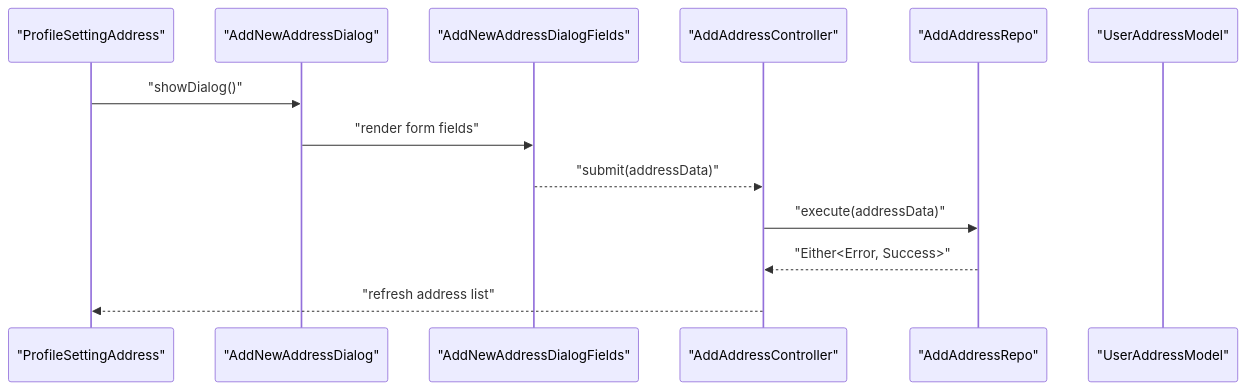
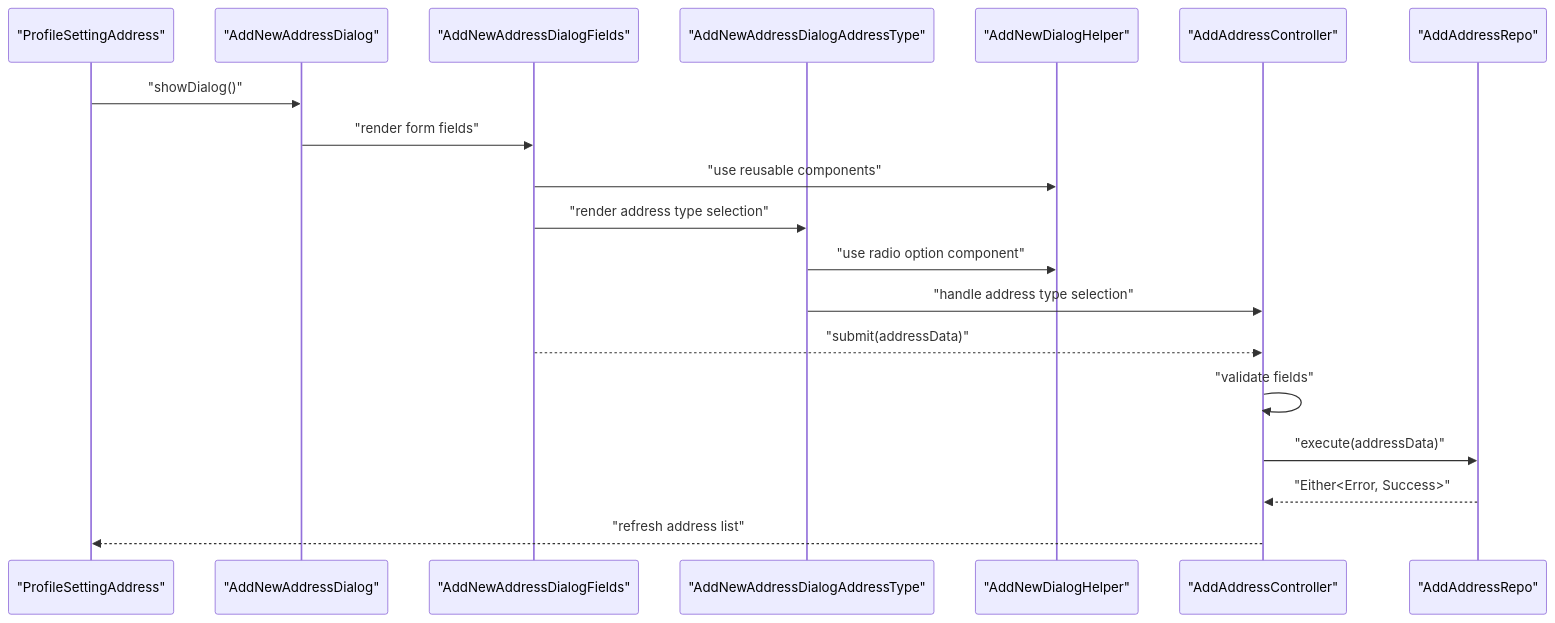
One commit to Ariful3111/FurniGo changed the eighth of 9 diagrams in .qoder/repowiki/en/content/Core Features/User Profile Management/Profile Management.md. Above: the diagram before and after it, drawn with Mermaid. The commit also changed other lines of this file and 10 other files, not shown here.

````diff
--- a/.qoder/repowiki/en/content/Core Features/User Profile Management/Profile Management.md
+++ b/.qoder/repowiki/en/content/Core Features/User Profile Management/Profile Management.md
@@ -420,15 +478,21 @@
 ```mermaid
 sequenceDiagram
 participant View as "ProfileSettingAddress"
 participant Dialog as "AddNewAddressDialog"
 participant Fields as "AddNewAddressDialogFields"
+participant AddressType as "AddNewAddressDialogAddressType"
+participant Helper as "AddNewDialogHelper"
 participant Controller as "AddAddressController"
 participant Repo as "AddAddressRepo"
-participant Model as "UserAddressModel"
 View->>Dialog : "showDialog()"
 Dialog->>Fields : "render form fields"
+Fields->>Helper : "use reusable components"
+Fields->>AddressType : "render address type selection"
+AddressType->>Helper : "use radio option component"
+AddressType->>Controller : "handle address type selection"
 Fields-->>Controller : "submit(addressData)"
+Controller->>Controller : "validate fields"
 Controller->>Repo : "execute(addressData)"
 Repo-->>Controller : "Either<Error, Success>"
 Controller-->>View : "refresh address list"
 ```
````
